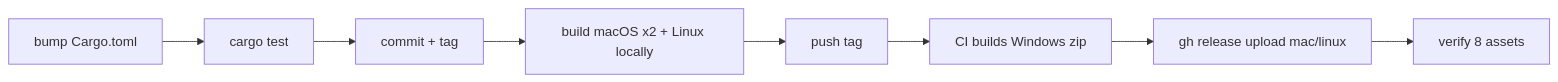
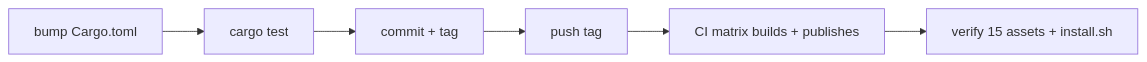
The diagram in skills/release-agent-hooks/SKILL.md (builtby-win/agent-hooks), drawn with Mermaid before and after one commit. The commit also changed other lines of this file and 26 other files, not shown here.

````diff
--- a/skills/release-agent-hooks/SKILL.md
+++ b/skills/release-agent-hooks/SKILL.md
@@ -12,4 +10,4 @@
 ```mermaid
 flowchart LR
-    BUMP["bump Cargo.toml"] --> TEST["cargo test"] --> COMMIT["commit + tag"] --> LOCAL["build macOS x2 + Linux locally"] --> PUSH["push tag"] --> CI["CI builds Windows zip"] --> UP["gh release upload mac/linux"] --> VERIFY["verify 8 assets"]
+    BUMP["bump Cargo.toml"] --> TEST["cargo test"] --> COMMIT["commit + tag"] --> PUSH["push tag"] --> CI["CI matrix builds + publishes"] --> VERIFY["verify 15 assets + install.sh"]
 ```
````
